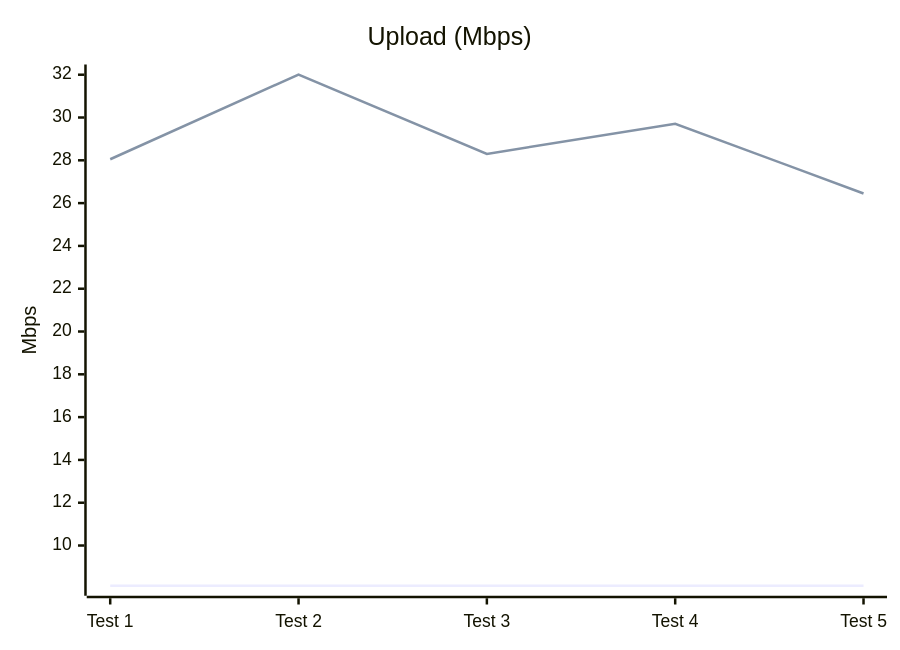
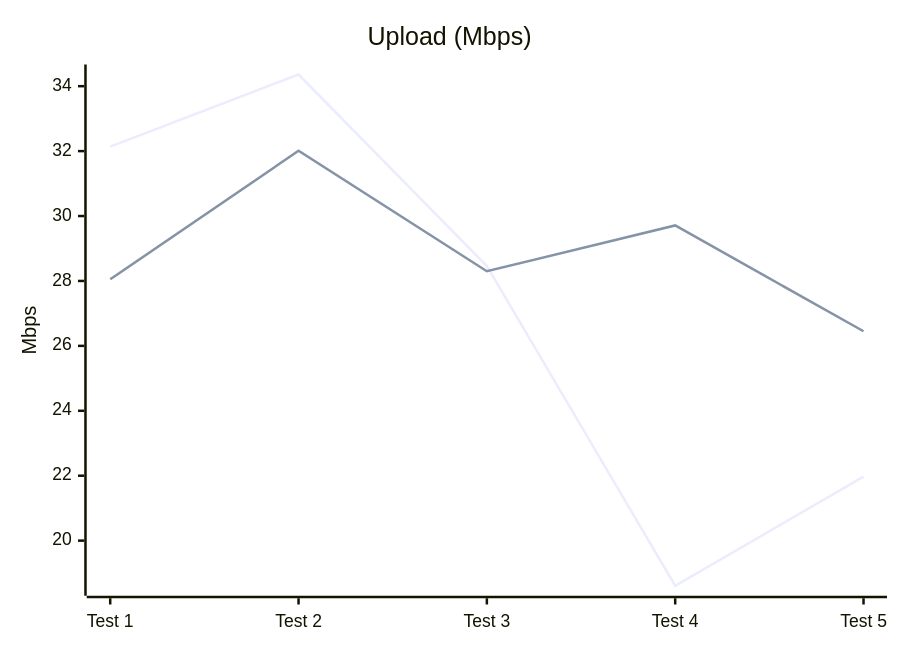
Before and after one commit to Angeles-HO/kitsunping: the fifth of 24 diagrams in Docs/testingResults.md, drawn with Mermaid. The commit also changed other lines of this file and 1 other file, not shown here.

````diff
--- a/Docs/testingResults.md
+++ b/Docs/testingResults.md
@@ -79,8 +79,8 @@
 ```mermaid
 xychart-beta
 	title "Upload (Mbps)"
 	x-axis ["Test 1", "Test 2", "Test 3", "Test 4", "Test 5"]
 	y-axis "Mbps"
-	line "Before module" [8.12, 8.12, 8.12, 8.12, 8.12]
-	line "With module" [28.05, 32.01, 28.30, 29.71, 26.45]
+	line "Previous version (4.85)" [32.14, 34.36, 28.46, 18.61, 21.97]
+	line "Current version (4.89)" [28.05, 32.01, 28.30, 29.71, 26.45]
 ```
````
